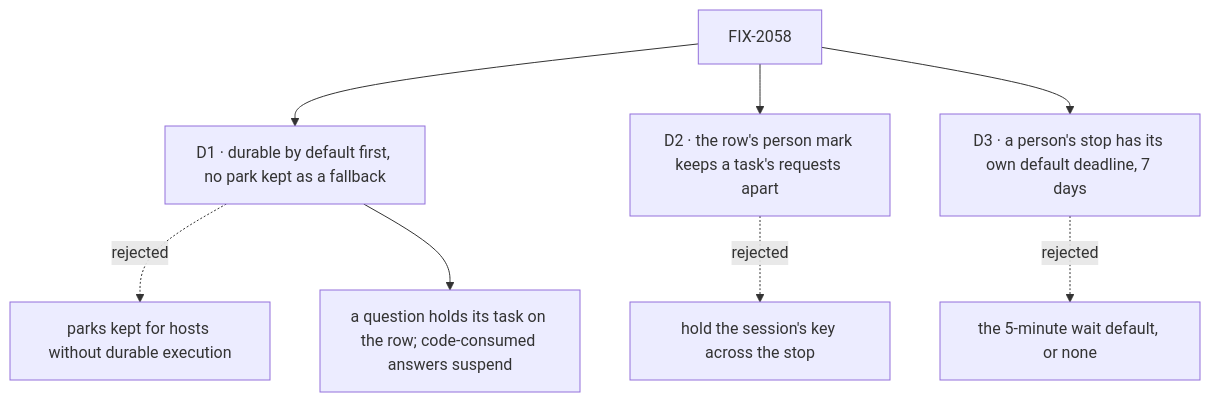
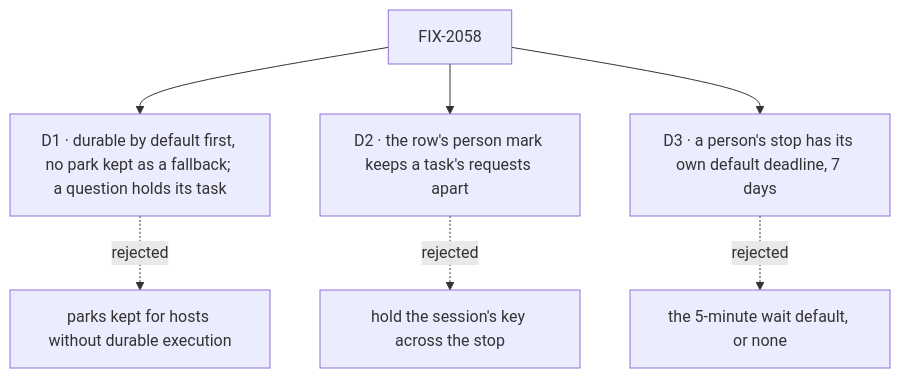
Before and after one commit to fixpoint-labs/flow-state-dev: the diagram in specs/epics/FIX-2058/DECISIONS.md, drawn with Mermaid. The commit also changed other lines of this file and 3 other files, not shown here.

````diff
--- a/specs/epics/FIX-2058/DECISIONS.md
+++ b/specs/epics/FIX-2058/DECISIONS.md
@@ -11,10 +12,9 @@
 ```mermaid
 flowchart TD
-  E["FIX-2058"] --> D1["D1 · durable by default first, no park kept as a fallback"]
+  E["FIX-2058"] --> D1["D1 · durable by default first, no park kept as a fallback; a question holds its task"]
   D1 -.->|"rejected"| X1["parks kept for hosts without durable execution"]
-  D1 --> Q["a question holds its task on the row; code-consumed answers suspend"]
   E --> D2["D2 · the row's person mark keeps a task's requests apart"]
   D2 -.->|"rejected"| X2["hold the session's key across the stop"]
   E --> D3["D3 · a person's stop has its own default deadline, 7 days"]
   D3 -.->|"rejected"| X3["the 5-minute wait default, or none"]
 ```
````
